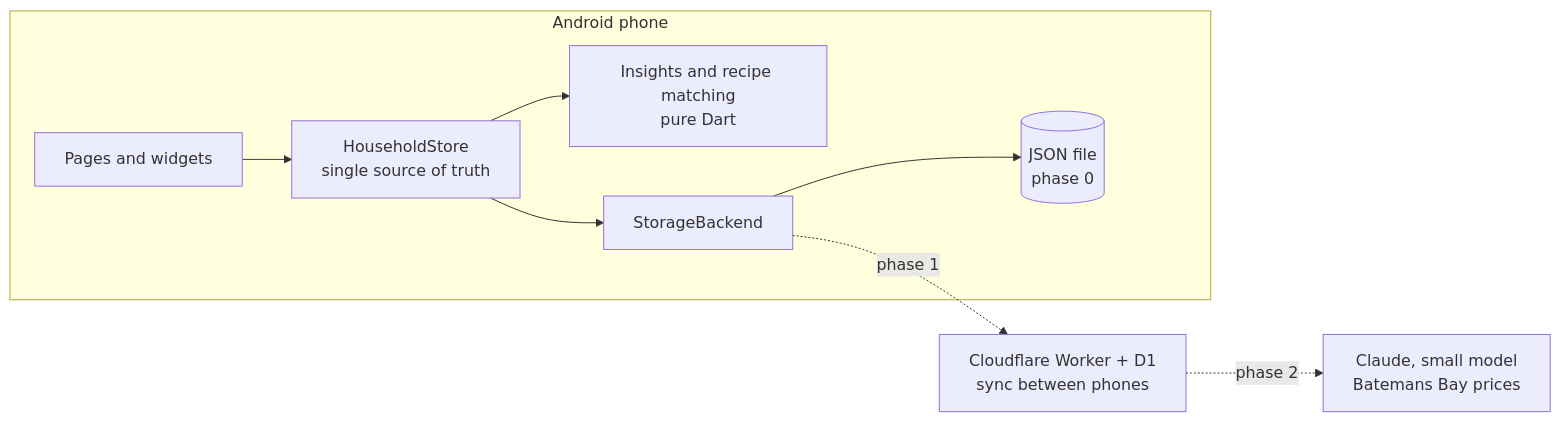
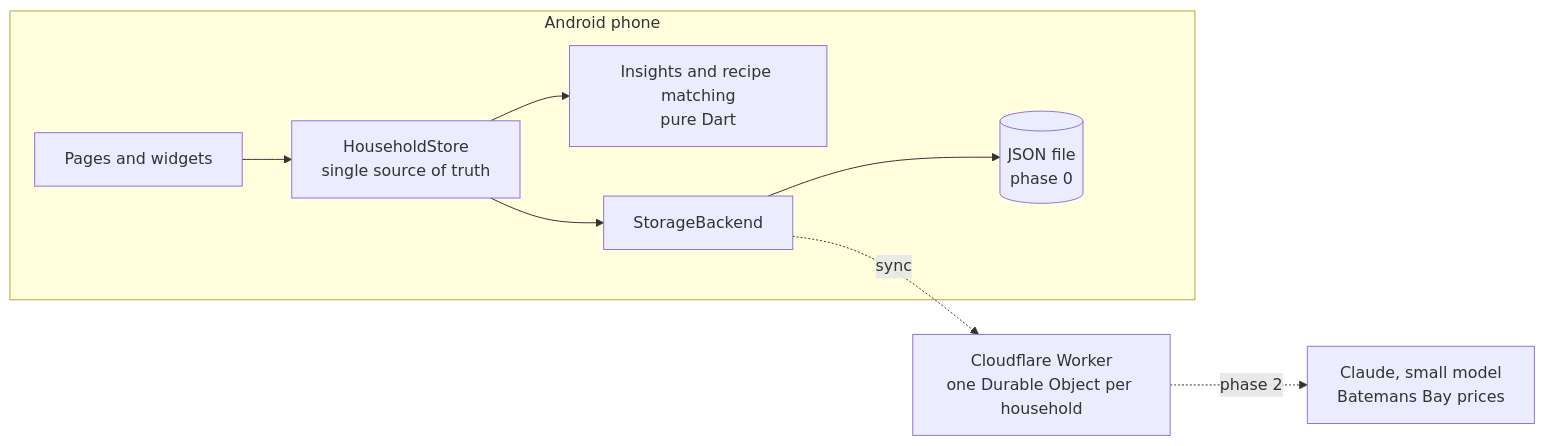
The diagram in README.md (combinationsoupstudio/pantry-app), drawn with Mermaid before and after one commit. The commit also changed other lines of this file and 21 other files, not shown here.

First line of the commit message:
v0.9.0: household sync between phones (#20)

````diff
--- a/README.md
+++ b/README.md
@@ -55,11 +56,11 @@
 ```mermaid
 flowchart LR
   subgraph Phone [Android phone]
     UI[Pages and widgets] --> Store[HouseholdStore<br/>single source of truth]
     Store --> Logic[Insights and recipe matching<br/>pure Dart]
     Store --> Backend[StorageBackend]
     Backend --> File[(JSON file<br/>phase 0)]
   end
-  Backend -. phase 1 .-> API[Cloudflare Worker + D1<br/>sync between phones]
+  Backend -. sync .-> API[Cloudflare Worker<br/>one Durable Object per household]
   API -. phase 2 .-> Claude[Claude, small model<br/>Batemans Bay prices]
 ```
````
